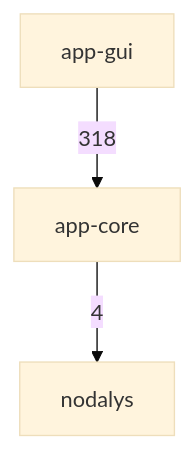
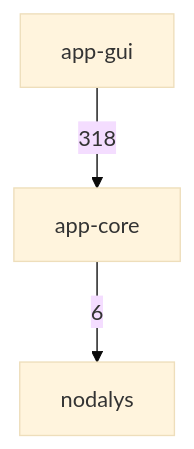
One commit to ronnymilleo/imcsim changed the first of 3 diagrams in docs/architecture.md. Above: the diagram before and after it, drawn with Mermaid (base theme). The commit also changed other lines of this file and 22 other files, not shown here.

````diff
--- a/docs/architecture.md
+++ b/docs/architecture.md
@@ -22,8 +22,8 @@
 ```mermaid
 flowchart TD
     app_gui[app-gui]
     app_core[app-core]
     nodalys[nodalys]
-    app_core -->|4| nodalys
+    app_core -->|6| nodalys
     app_gui -->|318| app_core
 ```
````
